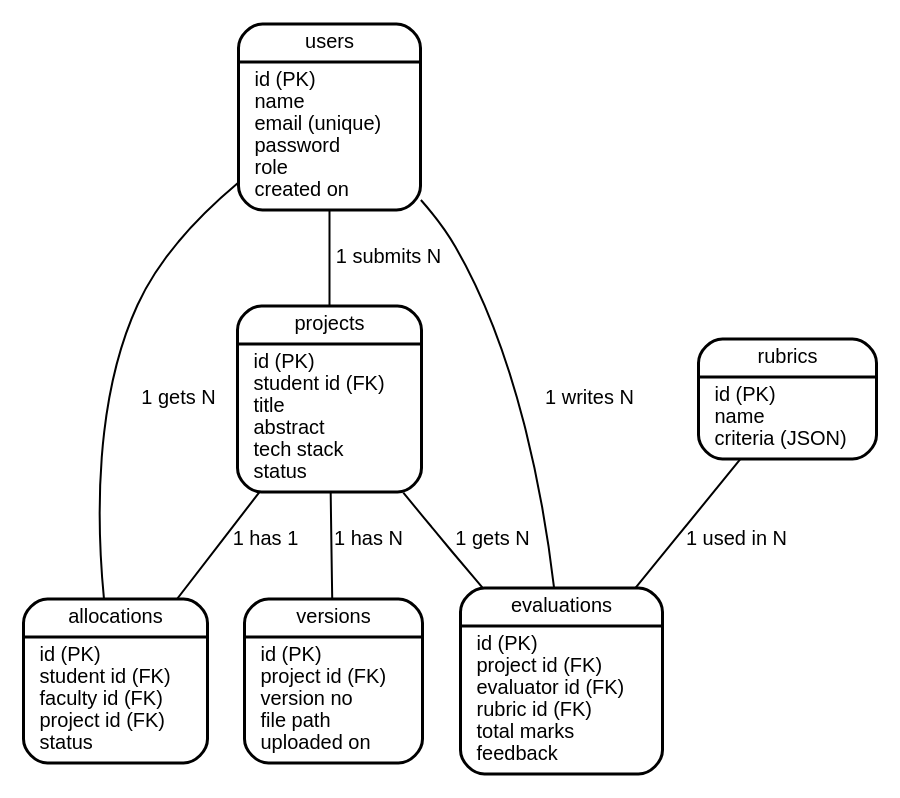
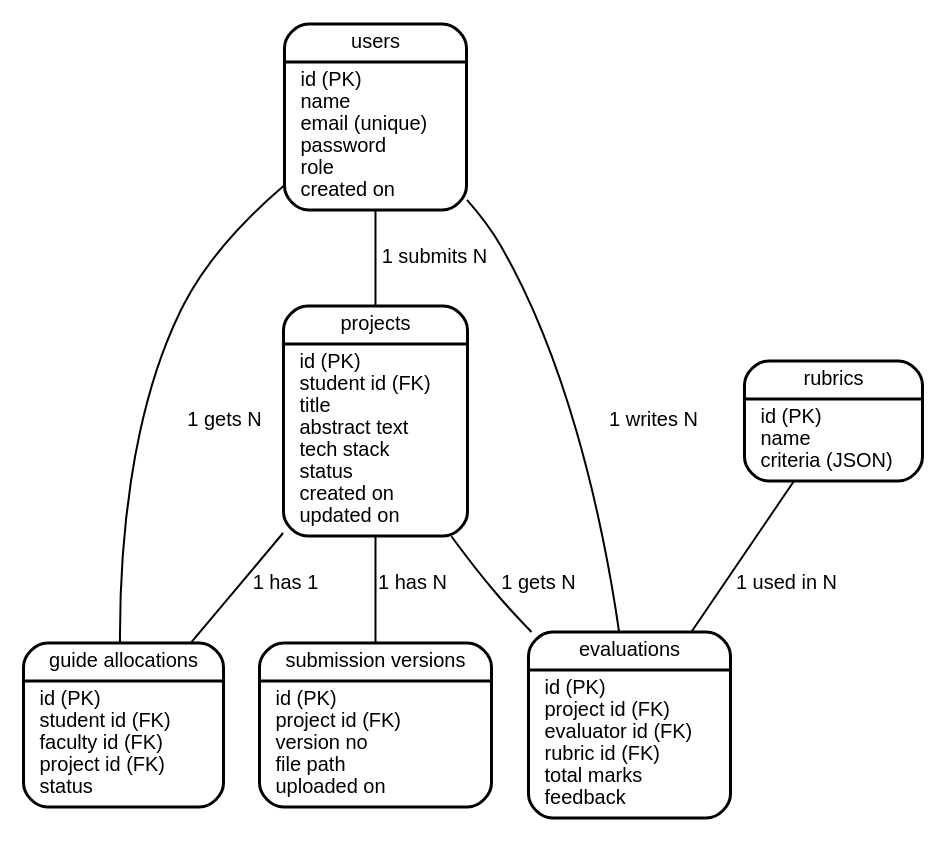
Before and after one commit to akshita777/iips-ug-pg-project-repository-system: the diagram in docs/diagrams/15-er.dot, drawn with Graphviz. The commit also changed 5 other files, not shown here.

First line of the commit message:
Fix diagram accuracy issues from audit

```diff
--- a/docs/diagrams/15-er.dot
+++ b/docs/diagrams/15-er.dot
@@ -1,24 +1,24 @@
 digraph er_diagram {
   rankdir=TB;
   bgcolor="white";
   fontname="Helvetica";
 
   node [fontname="Helvetica", fontsize=10, shape=record, style="rounded,filled",
         fillcolor="white", color="black", penwidth=1.5];
   edge [fontname="Helvetica", fontsize=10, color="black", arrowhead="none"];
 
   users [label="{users|id (PK)\l name\l email (unique)\l password\l role\l created on\l}"];
-  projects [label="{projects|id (PK)\l student id (FK)\l title\l abstract\l tech stack\l status\l}"];
-  versions [label="{versions|id (PK)\l project id (FK)\l version no\l file path\l uploaded on\l}"];
-  allocs [label="{allocations|id (PK)\l student id (FK)\l faculty id (FK)\l project id (FK)\l status\l}"];
+  projects [label="{projects|id (PK)\l student id (FK)\l title\l abstract text\l tech stack\l status\l created on\l updated on\l}"];
+  versions [label="{submission versions|id (PK)\l project id (FK)\l version no\l file path\l uploaded on\l}"];
+  allocs [label="{guide allocations|id (PK)\l student id (FK)\l faculty id (FK)\l project id (FK)\l status\l}"];
   evals [label="{evaluations|id (PK)\l project id (FK)\l evaluator id (FK)\l rubric id (FK)\l total marks\l feedback\l}"];
   rubrics [label="{rubrics|id (PK)\l name\l criteria (JSON)\l}"];
 
   users -> projects [label="1 submits N"];
   projects -> versions [label="1 has N"];
   users -> allocs [label="1 gets N"];
   projects -> allocs [label="1 has 1"];
   projects -> evals [label="1 gets N"];
   rubrics -> evals [label="1 used in N"];
   users -> evals [label="1 writes N"];
 }
```
